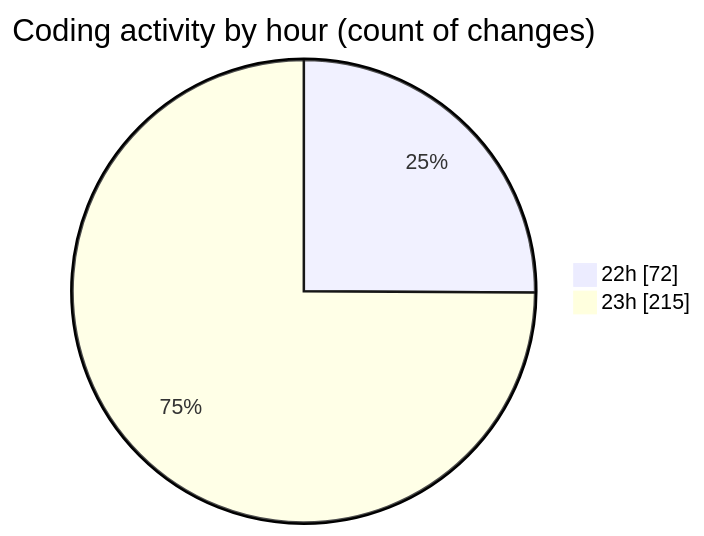
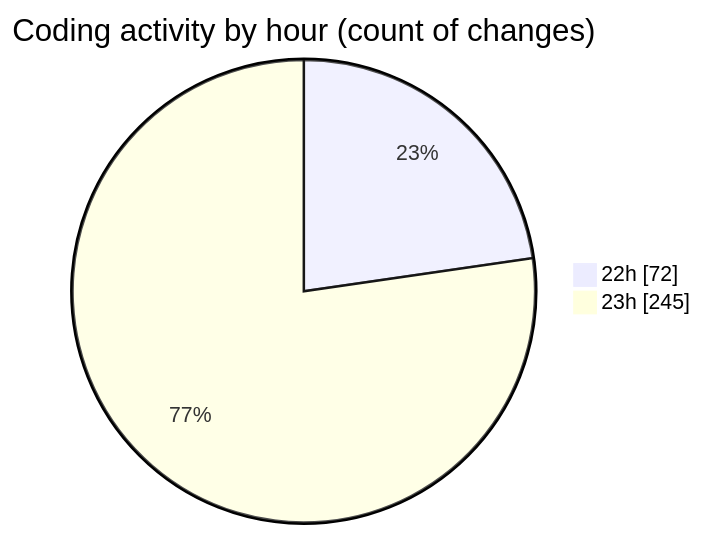
The second of 2 diagrams in 2025-07-28/javascript/README.md (Ritupan-Deka/code-tracking), drawn with Mermaid before and after one commit. The commit also changed other lines of this file and 1 other file, not shown here.

````diff
--- a/2025-07-28/javascript/README.md
+++ b/2025-07-28/javascript/README.md
@@ -28,6 +28,6 @@
 ```mermaid
 pie showData
 title Coding activity by hour (count of changes)
 "22h" : 72
-"23h" : 215
+"23h" : 245
 ```
````
